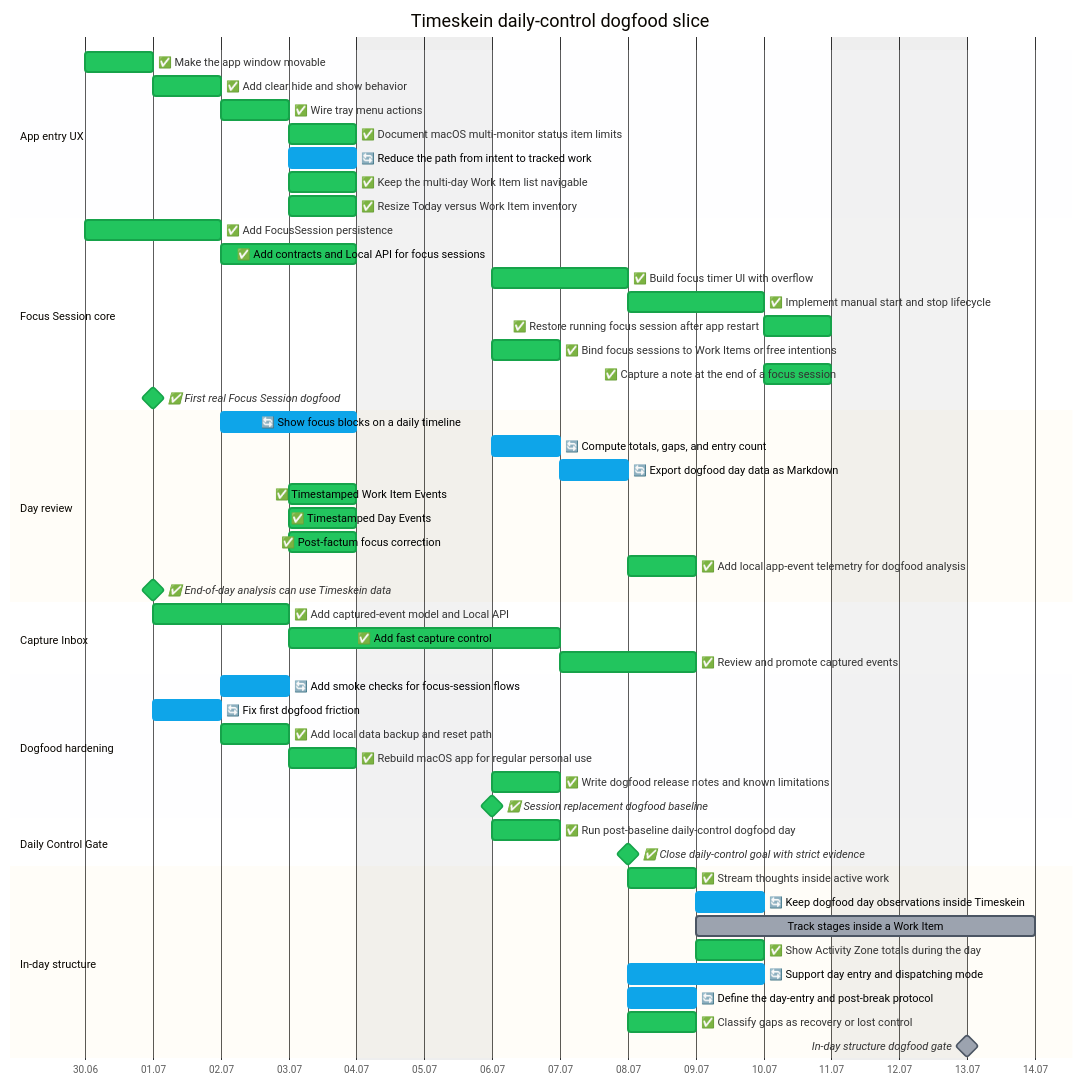
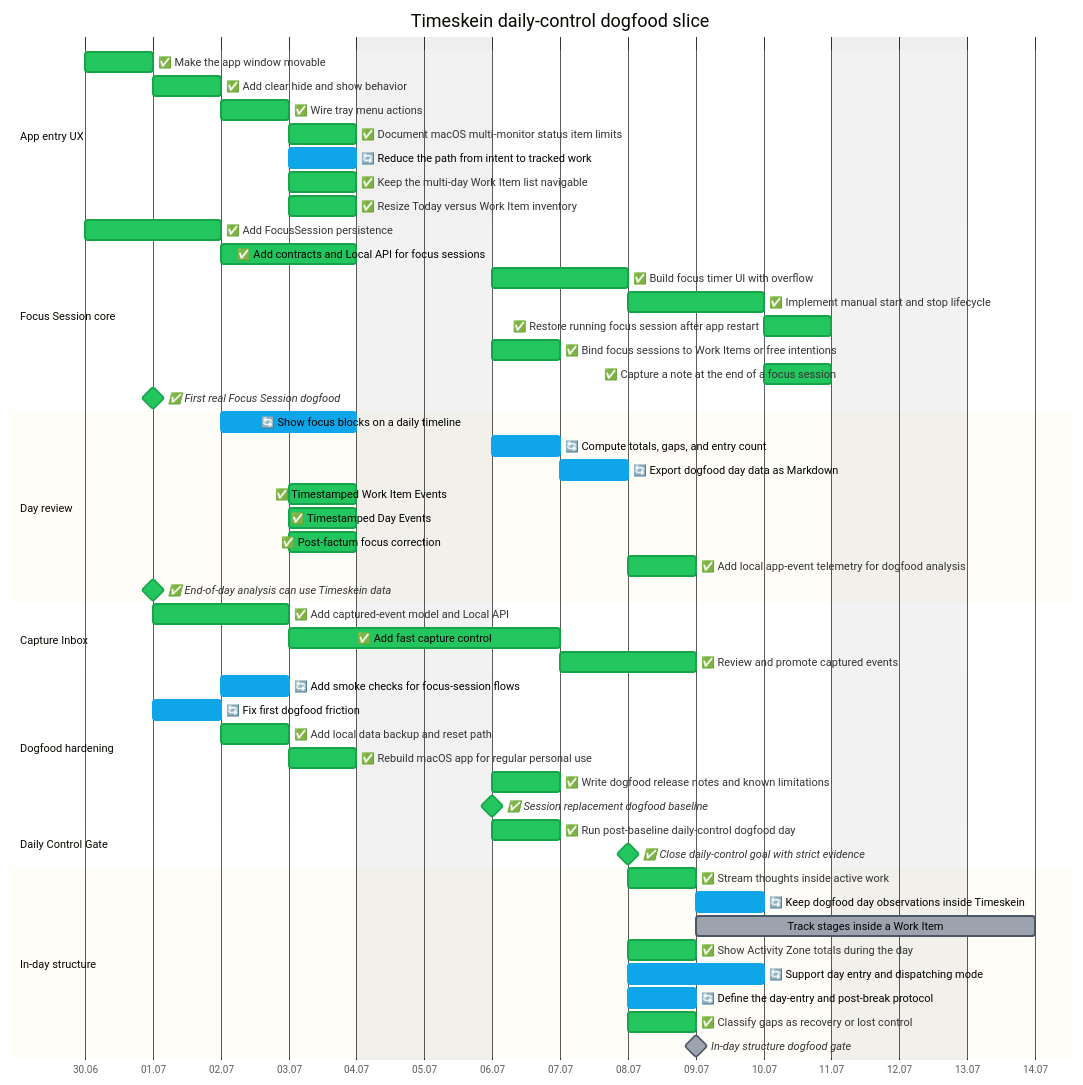
The second of 2 diagrams in docs/roadmap/opskarta.md (asukhodko/timeskein), drawn with Mermaid before and after one commit. The commit also changed other lines of this file and 21 other files, not shown here.

Commit message:
Track in-day activity zone glances

````diff
--- a/docs/roadmap/opskarta.md
+++ b/docs/roadmap/opskarta.md
@@ -112,59 +114,59 @@
 ```mermaid
 %%{init: {"theme": "base", "themeVariables": {"taskBkgColor": "#9ca3af", "taskBorderColor": "#4b5563", "taskTextColor": "#000000", "taskTextDarkColor": "#000000", "taskTextLightColor": "#000000", "activeTaskBkgColor": "#0ea5e9", "activeTaskBorderColor": "#0ea5e9", "doneTaskBkgColor": "#22c55e", "doneTaskBorderColor": "#16a34a", "critBkgColor": "#fecaca", "critBorderColor": "#fecaca", "todayLineColor": "#ef4444"}} }%%
 
 gantt
     title Timeskein daily-control dogfood slice
     dateFormat YYYY-MM-DD
     axisFormat %d.%m
     excludes weekends
 
     section App entry UX
     ✅ Make the app window movable  :done, ts_ux_entry_window_drag,    2026-06-30, 1d
     ✅ Add clear hide and show behavior  :done, ts_ux_entry_hide_toggle,    2026-07-01, 1d
     ✅ Wire tray menu actions  :done, ts_ux_entry_tray_actions,    2026-07-02, 1d
     ✅ Document macOS multi-monitor status item limits  :done, ts_ux_entry_monitor_policy,    2026-07-03, 1d
     🔄 Reduce the path from intent to tracked work  :active, ts_ux_entry_fast_track_flow,    2026-07-03, 1d
     ✅ Keep the multi-day Work Item list navigable  :done, ts_ux_entry_inventory_modes,    2026-07-03, 1d
     ✅ Resize Today versus Work Item inventory  :done, ts_ux_entry_resizable_today_split,    2026-07-03, 1d
     section Focus Session core
     ✅ Add FocusSession persistence  :done, ts_focus_core_model_migrations,    2026-06-30, 2d
     ✅ Add contracts and Local API for focus sessions  :done, ts_focus_core_contracts_api,    2026-07-02, 2d
     ✅ Build focus timer UI with overflow  :done, ts_focus_core_timer_ui,    2026-07-06, 2d
     ✅ Implement manual start and stop lifecycle  :done, ts_focus_core_session_lifecycle,    2026-07-08, 2d
     ✅ Restore running focus session after app restart  :done, ts_focus_core_restart_restore,    2026-07-10, 1d
     ✅ Bind focus sessions to Work Items or free intentions  :done, ts_focus_core_work_item_binding,    2026-07-06, 1d
     ✅ Capture a note at the end of a focus session  :done, ts_focus_core_session_notes,    2026-07-10, 1d
     ✅ First real Focus Session dogfood  :milestone, done, ts_focus_core_dogfood_gate,    2026-07-01, 0d
     section Day review
     🔄 Show focus blocks on a daily timeline  :active, ts_day_review_timeline,    2026-07-02, 2d
     🔄 Compute totals, gaps, and entry count  :active, ts_day_review_totals_gaps,    2026-07-06, 1d
     🔄 Export dogfood day data as Markdown  :active, ts_day_review_export,    2026-07-07, 1d
     ✅ Timestamped Work Item Events  :done, ts_day_review_work_item_events,    2026-07-03, 1d
     ✅ Timestamped Day Events  :done, ts_day_review_day_events,    2026-07-03, 1d
     ✅ Post-factum focus correction  :done, ts_day_review_corrections,    2026-07-03, 1d
     ✅ Add local app-event telemetry for dogfood analysis  :done, ts_day_review_app_telemetry,    2026-07-08, 1d
     ✅ End-of-day analysis can use Timeskein data  :milestone, done, ts_day_review_analysis_gate,    2026-07-01, 0d
     section Capture Inbox
     ✅ Add captured-event model and Local API  :done, ts_capture_model_api,    2026-07-01, 2d
     ✅ Add fast capture control  :done, ts_capture_quick_ui,    2026-07-03, 2d
     ✅ Review and promote captured events  :done, ts_capture_review_flow,    2026-07-07, 2d
     section Dogfood hardening
     🔄 Add smoke checks for focus-session flows  :active, ts_hardening_smoke,    2026-07-02, 1d
     🔄 Fix first dogfood friction  :active, ts_hardening_post_dogfood_friction,    2026-07-01, 1d
     ✅ Add local data backup and reset path  :done, ts_hardening_backup_reset,    2026-07-02, 1d
     ✅ Rebuild macOS app for regular personal use  :done, ts_hardening_package_app,    2026-07-03, 1d
     ✅ Write dogfood release notes and known limitations  :done, ts_hardening_release_notes,    2026-07-06, 1d
     ✅ Session replacement dogfood baseline  :milestone, done, ts_hardening_dogfood_release,    2026-07-06, 0d
     section Daily Control Gate
     ✅ Run post-baseline daily-control dogfood day  :done, ts_daily_control_real_day,    2026-07-06, 1d
     ✅ Close daily-control goal with strict evidence  :milestone, done, ts_daily_control_goal_check,    2026-07-08, 0d
     section In-day structure
     ✅ Stream thoughts inside active work  :done, ts_in_day_structure_active_work_journal,    2026-07-08, 1d
     🔄 Keep dogfood day observations inside Timeskein  :active, ts_in_day_structure_day_observation_log,    2026-07-09, 1d
     Track stages inside a Work Item  :ts_in_day_structure_work_item_stages,    2026-07-09, 3d
-    ✅ Show Activity Zone totals during the day  :done, ts_in_day_structure_zone_dashboard,    2026-07-09, 1d
+    ✅ Show Activity Zone totals during the day  :done, ts_in_day_structure_zone_dashboard,    2026-07-08, 1d
     🔄 Support day entry and dispatching mode  :active, ts_in_day_structure_dispatch_mode,    2026-07-08, 2d
     🔄 Define the day-entry and post-break protocol  :active, ts_in_day_structure_entry_protocol,    2026-07-08, 1d
     ✅ Classify gaps as recovery or lost control  :done, ts_in_day_structure_gap_recovery_classification,    2026-07-08, 1d
-    In-day structure dogfood gate  :milestone, ts_in_day_structure_dogfood_gate,    2026-07-13, 0d
+    In-day structure dogfood gate  :milestone, ts_in_day_structure_dogfood_gate,    2026-07-09, 0d
 ```
````
